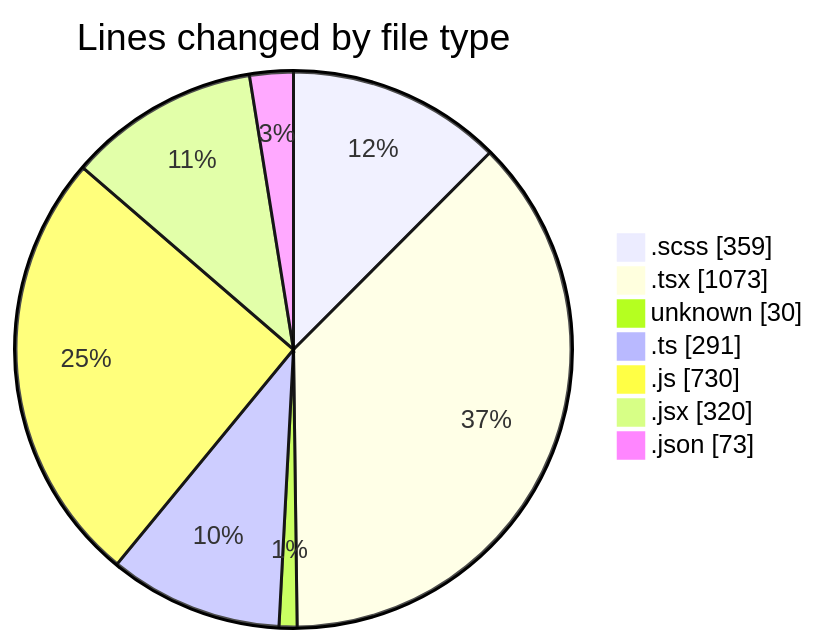
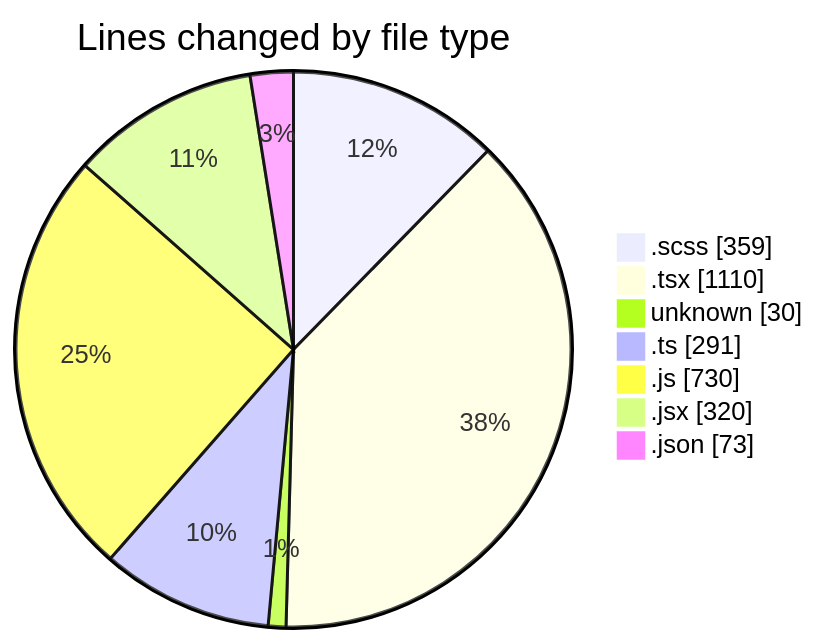
The first of 2 diagrams in 2025-03-05/cda/README.md (momahboobian/code-tracking), drawn with Mermaid before and after one commit. The commit also changed other lines of this file and 1 other file, not shown here.

Commit message:
feat(cda): Modified files and added new lines in RequestView.tsx, updated line and net change counts for .tsx files, and updated README with new active time and last update date.

````diff
--- a/2025-03-05/cda/README.md
+++ b/2025-03-05/cda/README.md
@@ -45,11 +45,11 @@
 ```mermaid
 pie showData
 title Lines changed by file type
 ".scss" : 359
-".tsx" : 1073
+".tsx" : 1110
 "unknown" : 30
 ".ts" : 291
 ".js" : 730
 ".jsx" : 320
 ".json" : 73
 ```
````
